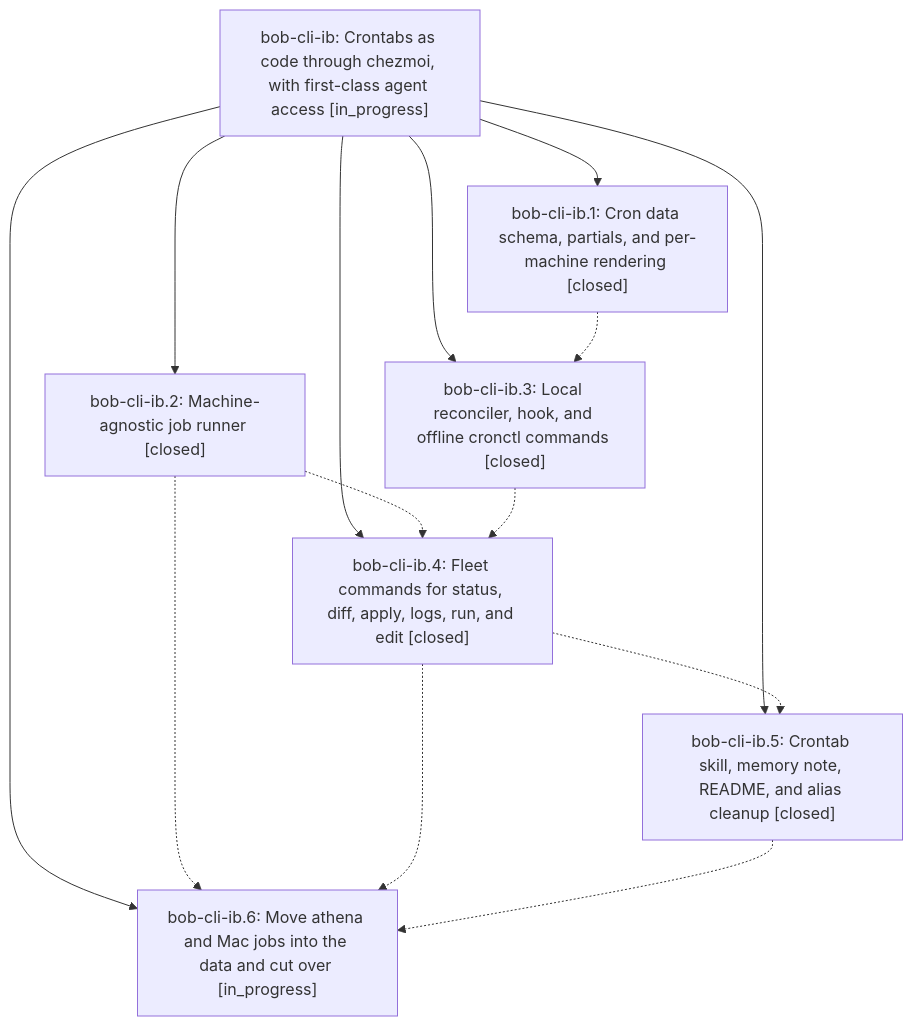
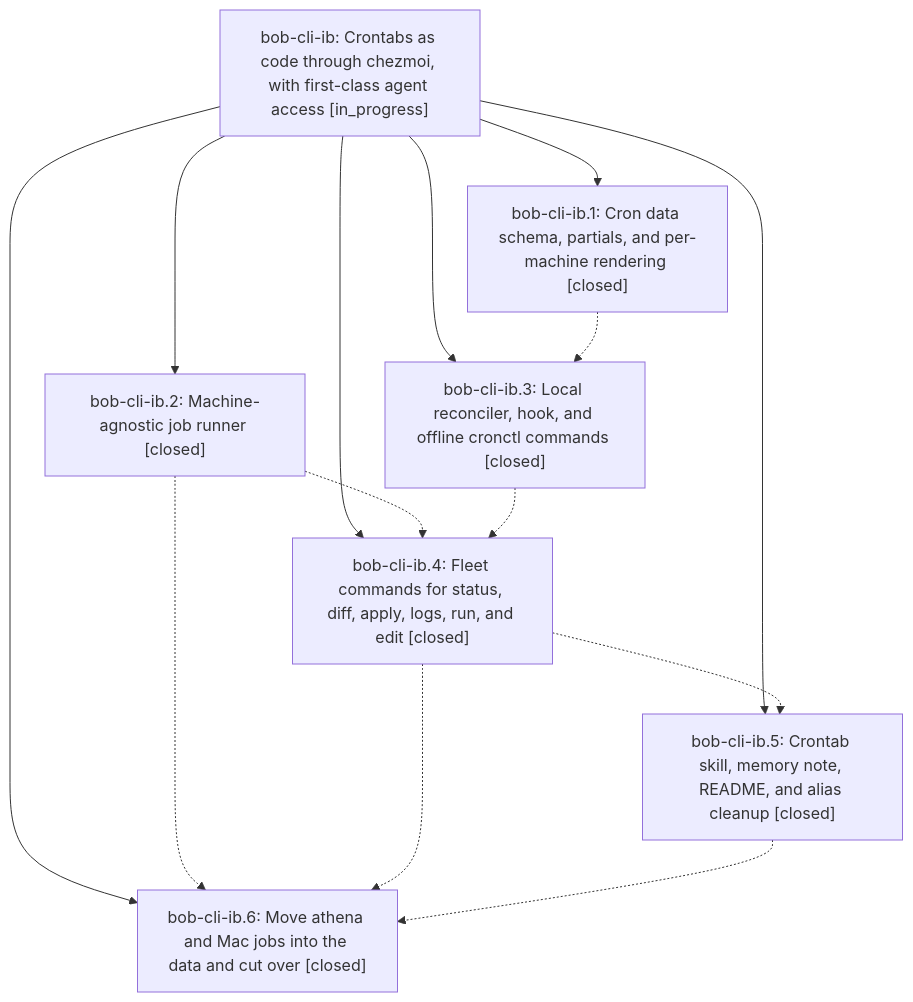
Before and after one commit to bobs-org/bob-cli--beads: the diagram in pages/bob-cli-ib/README.md, drawn with Mermaid. The commit also changed other lines of this file and 4 other files, not shown here.

First line of the commit message:
chore(beads): sync bead state and pages for bob-cli-ib

````diff
--- a/pages/bob-cli-ib/README.md
+++ b/pages/bob-cli-ib/README.md
@@ -41,23 +41,23 @@
 ```mermaid
 flowchart TD
     n0["bob-cli-ib: Crontabs as code through chezmoi, with first-class agent access [in_progress]"]
     n1["bob-cli-ib.1: Cron data schema, partials, and per-machine rendering [closed]"]
     n2["bob-cli-ib.2: Machine-agnostic job runner [closed]"]
     n3["bob-cli-ib.3: Local reconciler, hook, and offline cronctl commands [closed]"]
     n4["bob-cli-ib.4: Fleet commands for status, diff, apply, logs, run, and edit [closed]"]
     n5["bob-cli-ib.5: Crontab skill, memory note, README, and alias cleanup [closed]"]
-    n6["bob-cli-ib.6: Move athena and Mac jobs into the data and cut over [in_progress]"]
+    n6["bob-cli-ib.6: Move athena and Mac jobs into the data and cut over [closed]"]
     n0 --> n1
     n0 --> n2
     n0 --> n3
     n0 --> n4
     n0 --> n5
     n0 --> n6
     n1 -.-> n3
     n2 -.-> n4
     n2 -.-> n6
     n3 -.-> n4
     n4 -.-> n5
     n4 -.-> n6
     n5 -.-> n6
 ```
````
